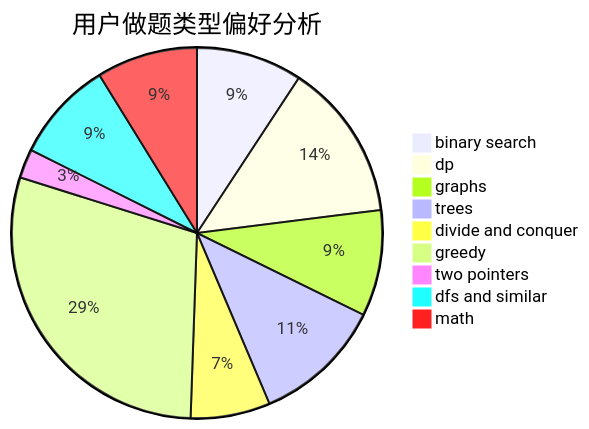
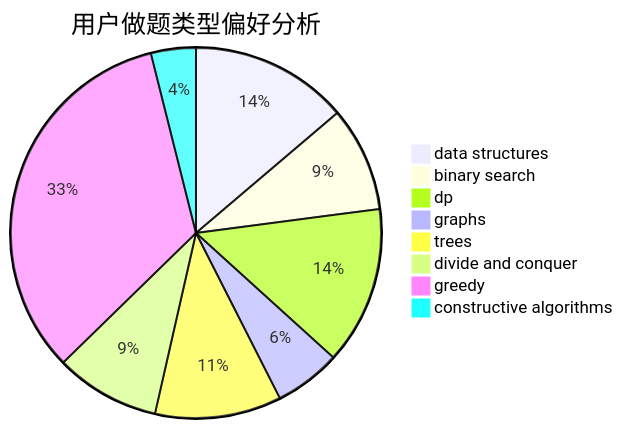
Before and after one commit to sherpahu/cfrs.github.io: the second of 3 diagrams in docs/user/u814.md, drawn with Mermaid. The commit also changed other lines of this file and 2775 other files, not shown here.

````diff
--- a/docs/user/u814.md
+++ b/docs/user/u814.md
@@ -23,12 +23,11 @@
 ```mermaid
 pie title 用户做题类型偏好分析
-    "binary search" :  84
-    "dp" :  125
-    "graphs" :  84
-    "trees" :  103
+    "data structures" :  95
+    "binary search" :  63
+    "dp" :  95
+    "graphs" :  40
+    "trees" :  76
     "divide and conquer" :  63
-    "greedy" :  266
-    "two pointers" :  23
-    "dfs and similar" :  80
-    "math" :  80
+    "greedy" :  230
+    "constructive algorithms" :  27
 ```
````
